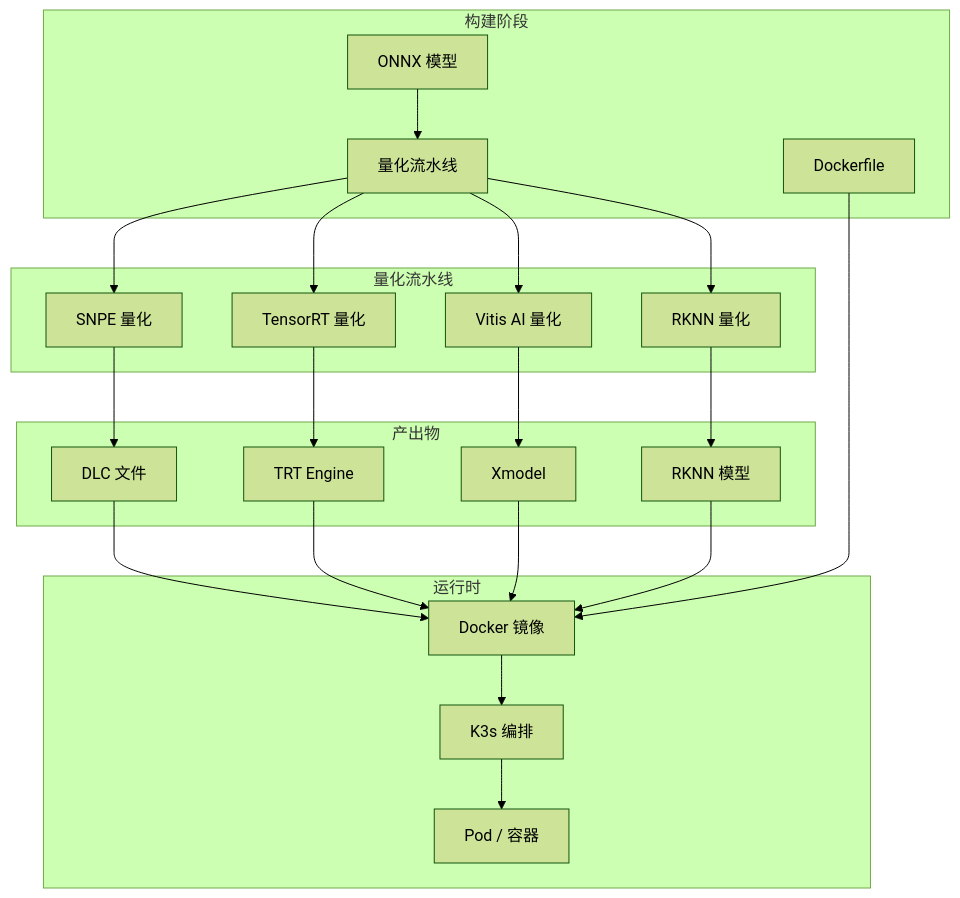
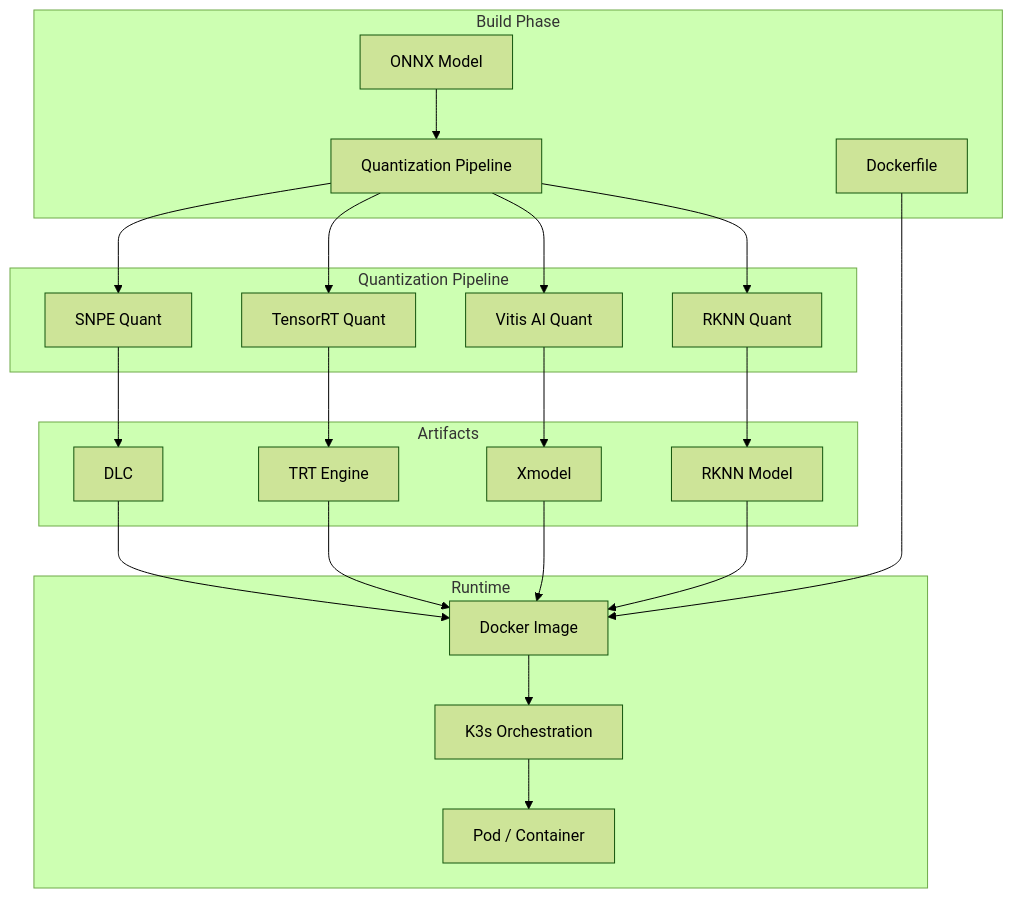
The first of 2 diagrams in docs/architecture/03_orchestration_layer.md (JeffRen1977/smartCamera), drawn with Mermaid (forest theme) before and after one commit. The commit also changed other lines of this file and 36 other files, not shown here.

````diff
--- a/docs/architecture/03_orchestration_layer.md
+++ b/docs/architecture/03_orchestration_layer.md
@@ -19,45 +19,45 @@
 ```mermaid
 flowchart TB
-    subgraph Build [构建阶段]
-        ONNX[ONNX 模型]
+    subgraph Build [Build Phase]
+        ONNX[ONNX Model]
         Dockerfile[Dockerfile]
-        QuantPipeline[量化流水线]
+        QuantPipeline[Quantization Pipeline]
     end
 
-    subgraph QuantPipelineDetail [量化流水线]
-        SNPEQuant[SNPE 量化]
-        TRTQuant[TensorRT 量化]
-        VitisQuant[Vitis AI 量化]
-        RKNNQuant[RKNN 量化]
+    subgraph QuantPipelineDetail [Quantization Pipeline]
+        SNPEQuant[SNPE Quant]
+        TRTQuant[TensorRT Quant]
+        VitisQuant[Vitis AI Quant]
+        RKNNQuant[RKNN Quant]
     end
 
-    subgraph Artifacts [产出物]
-        DLC[DLC 文件]
+    subgraph Artifacts [Artifacts]
+        DLC[DLC]
         Engine[TRT Engine]
         Xmodel[Xmodel]
-        RKNNModel[RKNN 模型]
+        RKNNModel[RKNN Model]
     end
 
-    subgraph Runtime [运行时]
-        DockerImg[Docker 镜像]
-        K3s[K3s 编排]
-        Pod[Pod / 容器]
+    subgraph Runtime [Runtime]
+        DockerImg[Docker Image]
+        K3s[K3s Orchestration]
+        Pod[Pod / Container]
     end
 
     ONNX --> QuantPipeline
     QuantPipeline --> SNPEQuant
     QuantPipeline --> TRTQuant
     QuantPipeline --> VitisQuant
     QuantPipeline --> RKNNQuant
     SNPEQuant --> DLC
     TRTQuant --> Engine
     VitisQuant --> Xmodel
     RKNNQuant --> RKNNModel
     DLC --> DockerImg
     Engine --> DockerImg
     Xmodel --> DockerImg
     RKNNModel --> DockerImg
     Dockerfile --> DockerImg
     DockerImg --> K3s
     K3s --> Pod
 ```
````
